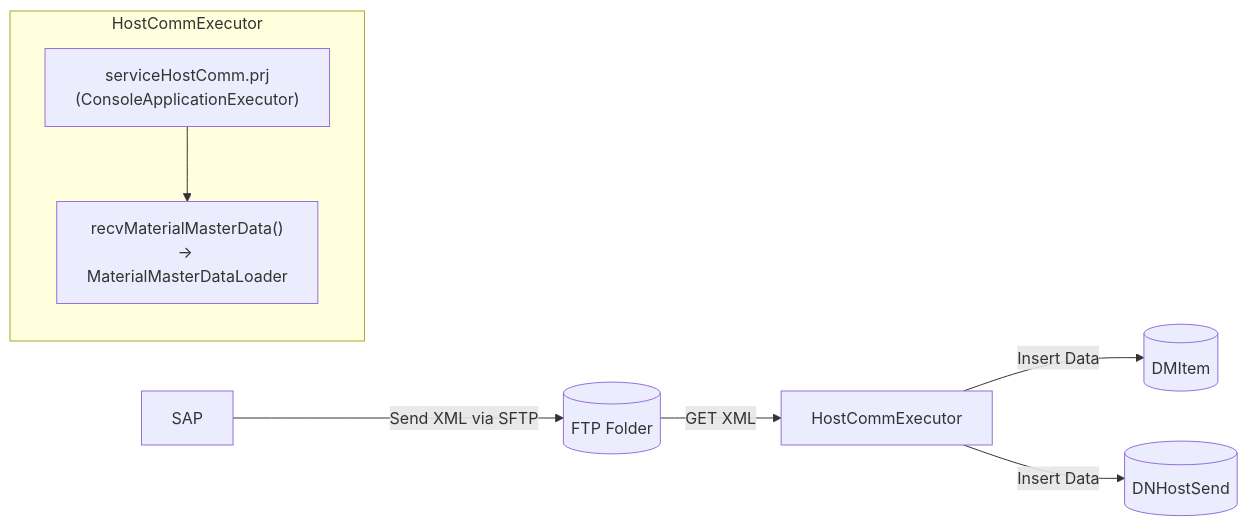
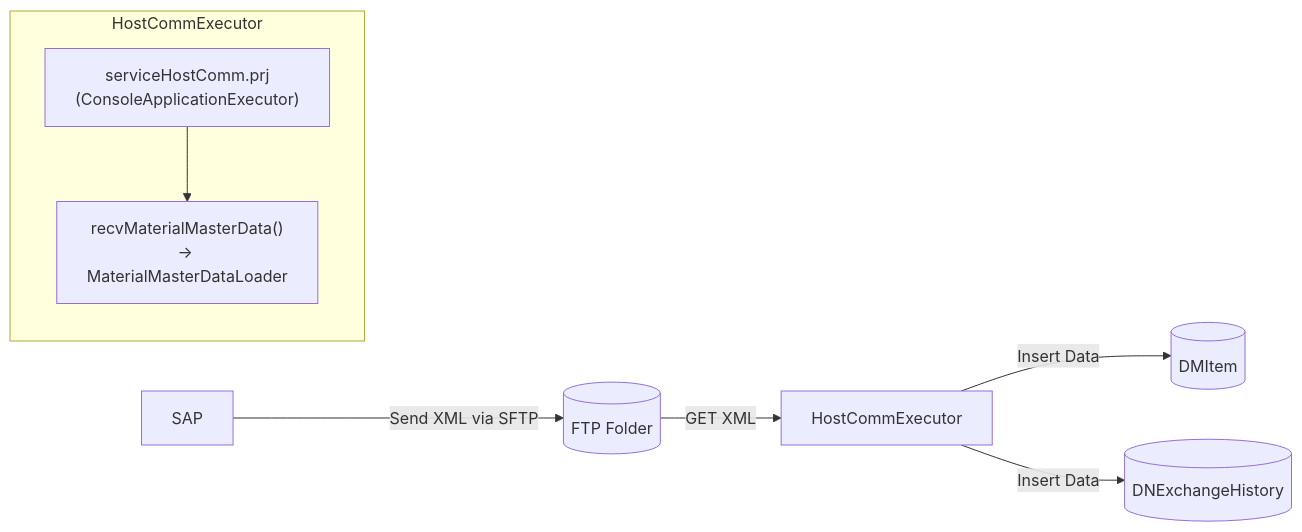
The diagram in Basic-Design/Host-Interfaces/Material-Master-Data.md (luthfiadityaa/SimeDarby-Wiki), drawn with Mermaid before and after one commit.

Commit message:
Updated Material Master Data

```diff
--- a/Basic-Design/Host-Interfaces/Material-Master-Data.md
+++ b/Basic-Design/Host-Interfaces/Material-Master-Data.md
@@ -11,13 +11,13 @@
 ::: mermaid
 flowchart LR
     A[SAP] -->|Send XML via SFTP| B[(FTP Folder)]
     B -->|GET XML| C[HostCommExecutor]
     C -->|Insert Data| E[(DMItem)]
-    C -->|Insert Data| F[(DNHostSend)]
+    C -->|Insert Data| F[(DNExchangeHistory)]
 
     subgraph HostCommExecutor
         C1["serviceHostComm.prj<br>(ConsoleApplicationExecutor)"]
         C2["recvMaterialMasterData()<br>→ MaterialMasterDataLoader"]
         C1 --> C2
     end
 :::
```
